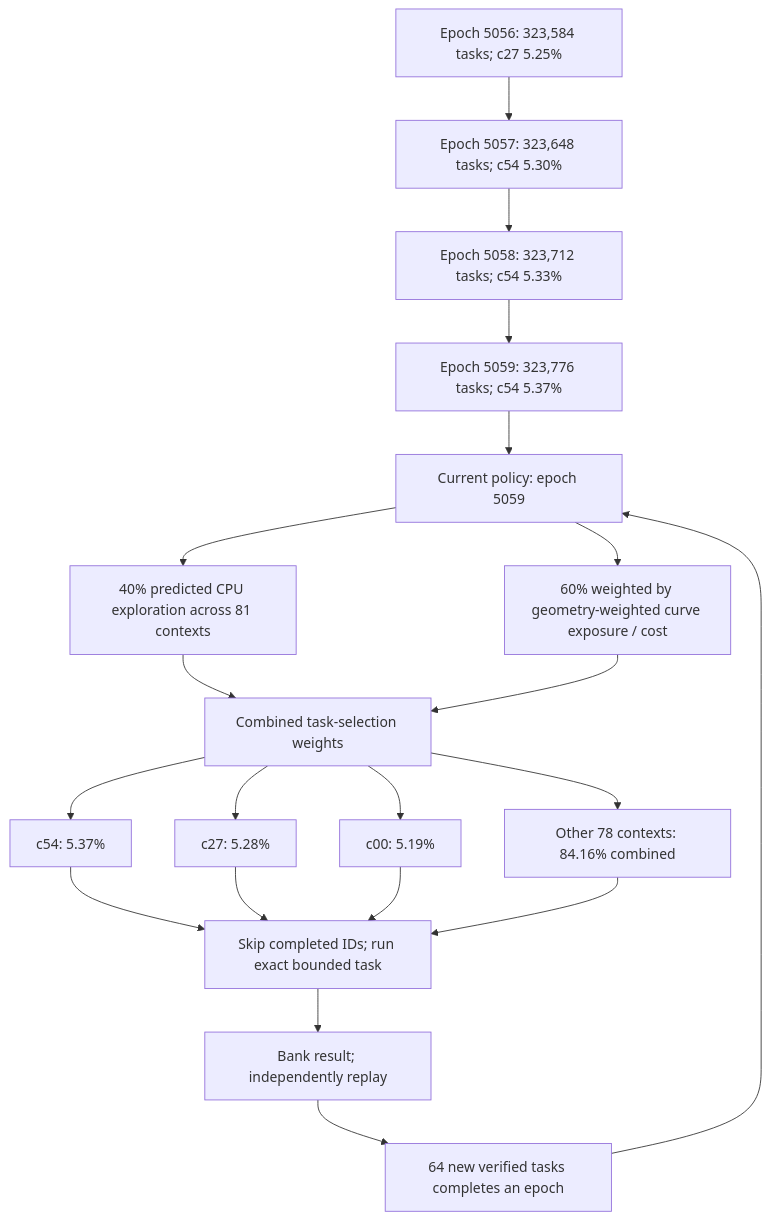
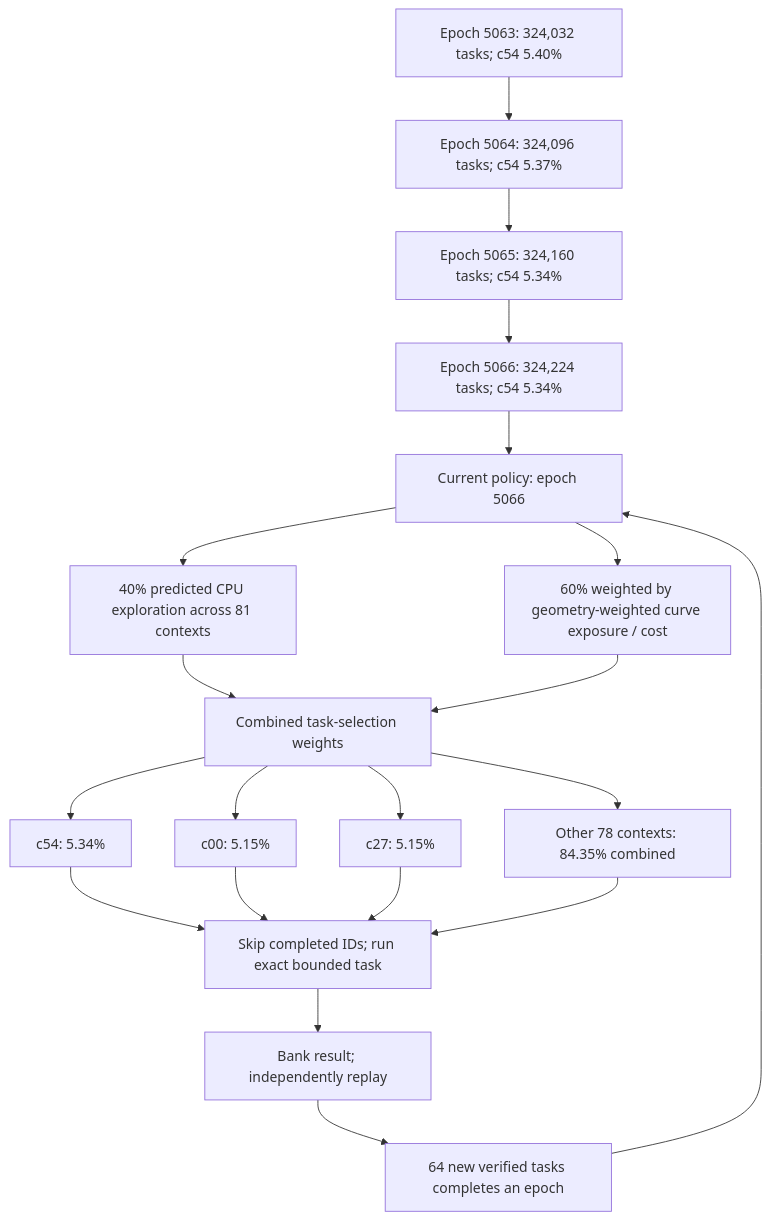
One commit to Kuberwastaken/math-gambling changed the first of 3 diagrams in README.md. Above: the diagram before and after it, drawn with Mermaid. The commit also changed other lines of this file and 1539 other files, not shown here.

````diff
--- a/README.md
+++ b/README.md
@@ -60,27 +60,27 @@
 ```mermaid
 flowchart TD
-    H0["Epoch 5056: 323,584 tasks; c27 5.25%"]
-    H1["Epoch 5057: 323,648 tasks; c54 5.30%"]
+    H0["Epoch 5063: 324,032 tasks; c54 5.40%"]
+    H1["Epoch 5064: 324,096 tasks; c54 5.37%"]
     H0 --> H1
-    H2["Epoch 5058: 323,712 tasks; c54 5.33%"]
+    H2["Epoch 5065: 324,160 tasks; c54 5.34%"]
     H1 --> H2
-    H3["Epoch 5059: 323,776 tasks; c54 5.37%"]
+    H3["Epoch 5066: 324,224 tasks; c54 5.34%"]
     H2 --> H3
-    Policy["Current policy: epoch 5059"]
+    Policy["Current policy: epoch 5066"]
     H3 --> Policy
     Policy --> Explore["40% predicted CPU exploration across 81 contexts"]
     Policy --> Cost["60% weighted by geometry-weighted curve exposure / cost"]
     Explore --> Mix["Combined task-selection weights"]
     Cost --> Mix
-    Mix --> C0["c54: 5.37%"]
-    Mix --> C1["c27: 5.28%"]
-    Mix --> C2["c00: 5.19%"]
-    Mix --> Rest["Other 78 contexts: 84.16% combined"]
+    Mix --> C0["c54: 5.34%"]
+    Mix --> C1["c00: 5.15%"]
+    Mix --> C2["c27: 5.15%"]
+    Mix --> Rest["Other 78 contexts: 84.35% combined"]
     C0 --> Check["Skip completed IDs; run exact bounded task"]
     C1 --> Check
     C2 --> Check
     Rest --> Check
     Check --> Replay["Bank result; independently replay"]
     Replay --> Gate["64 new verified tasks completes an epoch"]
     Gate --> Policy
 ```
````
